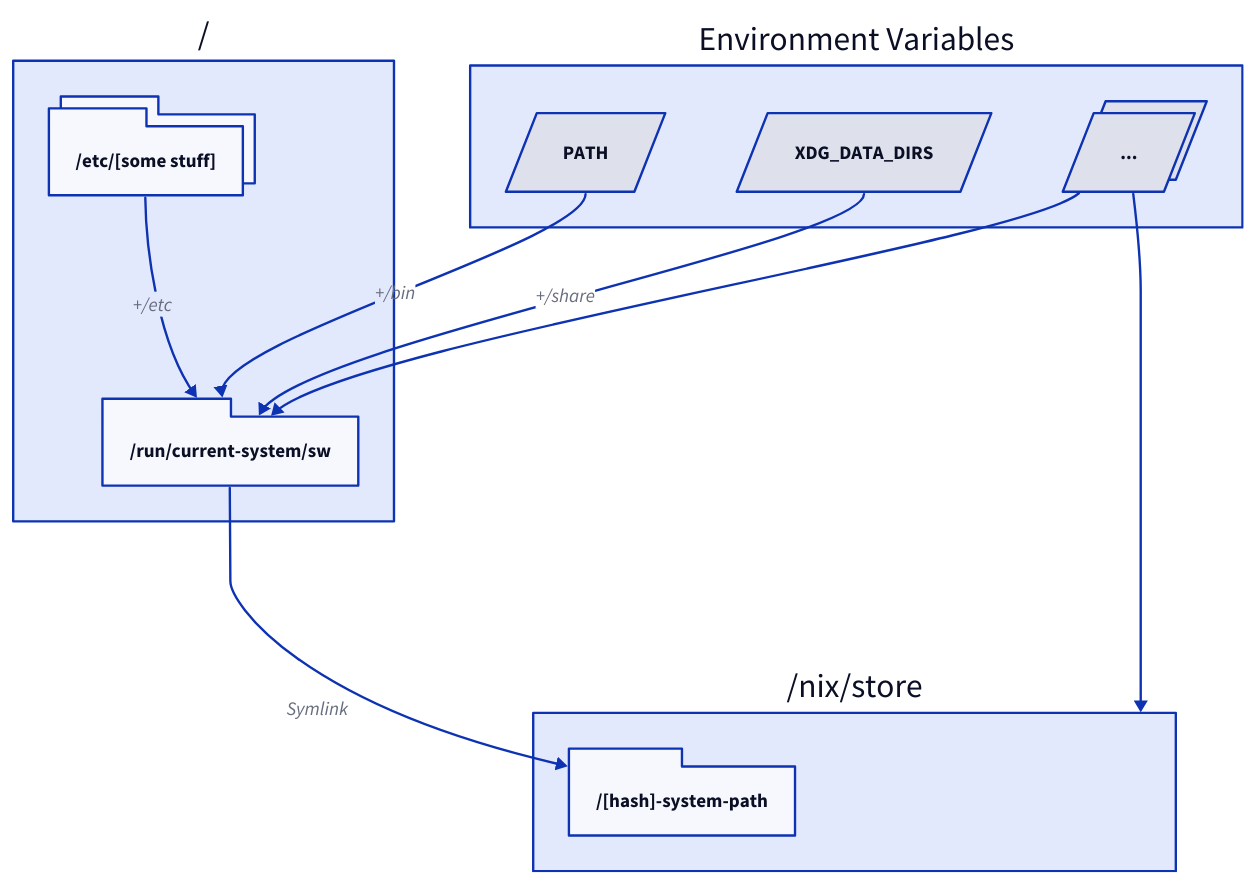
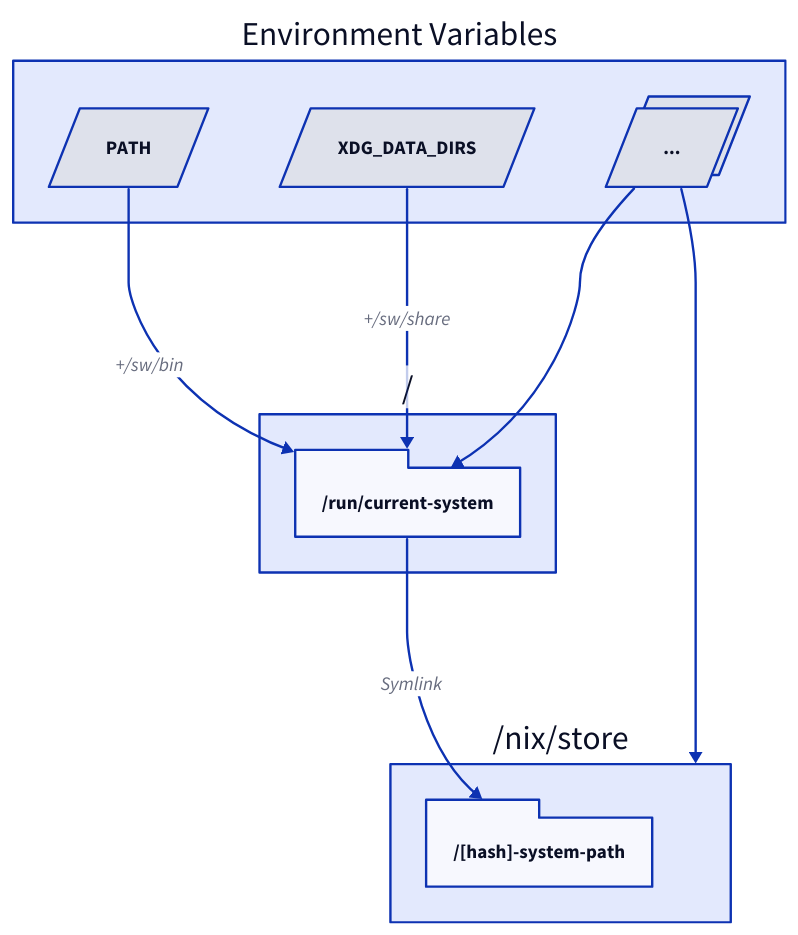
One commit to Bwc9876/dgang changed the third of 8 diagrams in src/content/docs/chapters/5.mdx. Above: the diagram before and after it, drawn with D2. The commit also changed other lines of this file and 4 other files, not shown here.

````diff
--- a/src/content/docs/chapters/5.mdx
+++ b/src/content/docs/chapters/5.mdx
@@ -135,31 +135,25 @@
 ```d2
 "/": {
-  "/etc/[some stuff]" {
-    shape: package
-    style.multiple: true
-  }
-  "/run/current-system/sw" {shape: package}
-
-  "/etc/[some stuff]" -> "/run/current-system/sw": "+/etc"
+  "/run/current-system" {shape: package}
 }
 
 "Environment Variables": {
   "PATH" {shape: parallelogram}
   "XDG_DATA_DIRS" {shape: parallelogram}
   "..." { 
     shape: parallelogram
     style.multiple: true 
   }
 }
 
 "/nix/store": {
   "/[hash]-system-path" {shape: package}
 }
 
-"/"."/run/current-system/sw" -> "/nix/store"."/[hash]-system-path": Symlink
+"/"."/run/current-system" -> "/nix/store"."/[hash]-system-path": Symlink
 
-"Environment Variables"."PATH" -> "/"."/run/current-system/sw": "+/bin" 
-"Environment Variables"."XDG_DATA_DIRS" -> "/"."/run/current-system/sw": "+/share" 
+"Environment Variables"."PATH" -> "/"."/run/current-system": "+/sw/bin" 
+"Environment Variables"."XDG_DATA_DIRS" -> "/"."/run/current-system": "+/sw/share" 
 "Environment Variables"."..." -> "/nix/store"
-"Environment Variables"."..." -> "/"."/run/current-system/sw"
+"Environment Variables"."..." -> "/"."/run/current-system"
 ```
````
